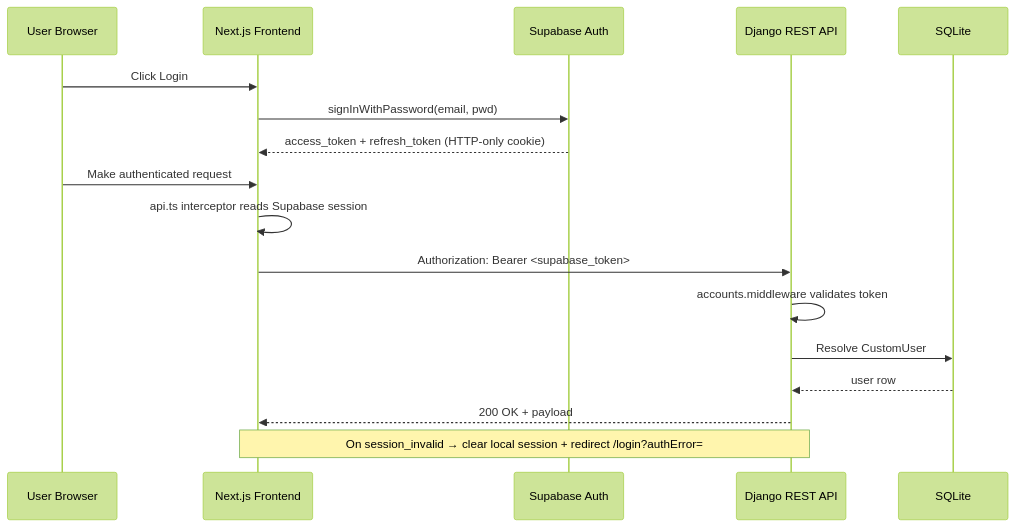
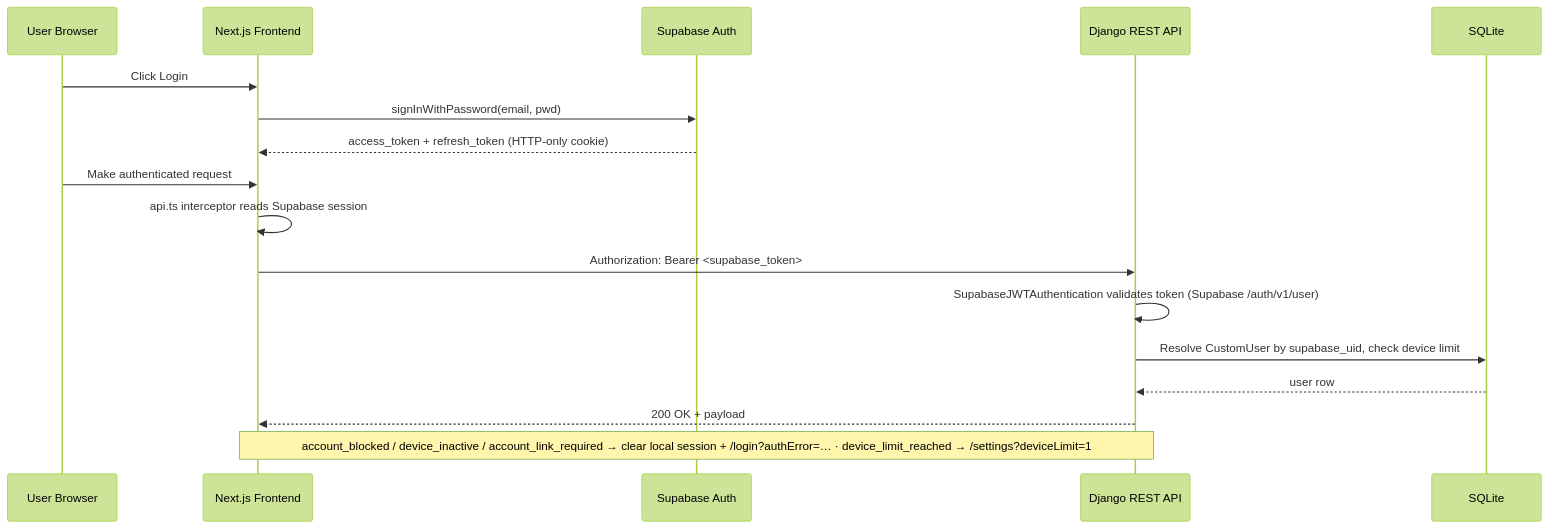
The sixth of 11 diagrams in docs/ARCHITECTURE.md (Divyanshu1Dubey/Crack_Me_AI), drawn with Mermaid (forest theme) before and after one commit. The commit also changed other lines of this file and 26 other files, not shown here.

````diff
--- a/docs/ARCHITECTURE.md
+++ b/docs/ARCHITECTURE.md
@@ -224,20 +226,20 @@
 ```mermaid
 sequenceDiagram
     participant U as User Browser
     participant FE as Next.js Frontend
     participant SB as Supabase Auth
     participant API as Django REST API
     participant DB as SQLite
 
     U->>FE: Click Login
     FE->>SB: signInWithPassword(email, pwd)
     SB-->>FE: access_token + refresh_token (HTTP-only cookie)
     U->>FE: Make authenticated request
     FE->>FE: api.ts interceptor reads Supabase session
     FE->>API: Authorization: Bearer <supabase_token>
-    API->>API: accounts.middleware validates token
-    API->>DB: Resolve CustomUser
+    API->>API: SupabaseJWTAuthentication validates token (Supabase /auth/v1/user)
+    API->>DB: Resolve CustomUser by supabase_uid, check device limit
     DB-->>API: user row
     API-->>FE: 200 OK + payload
-    Note over FE,API: On session_invalid → clear local session + redirect /login?authError=
+    Note over FE,API: account_blocked / device_inactive / account_link_required → clear local session + /login?authError=… · device_limit_reached → /settings?deviceLimit=1
 ```
````
